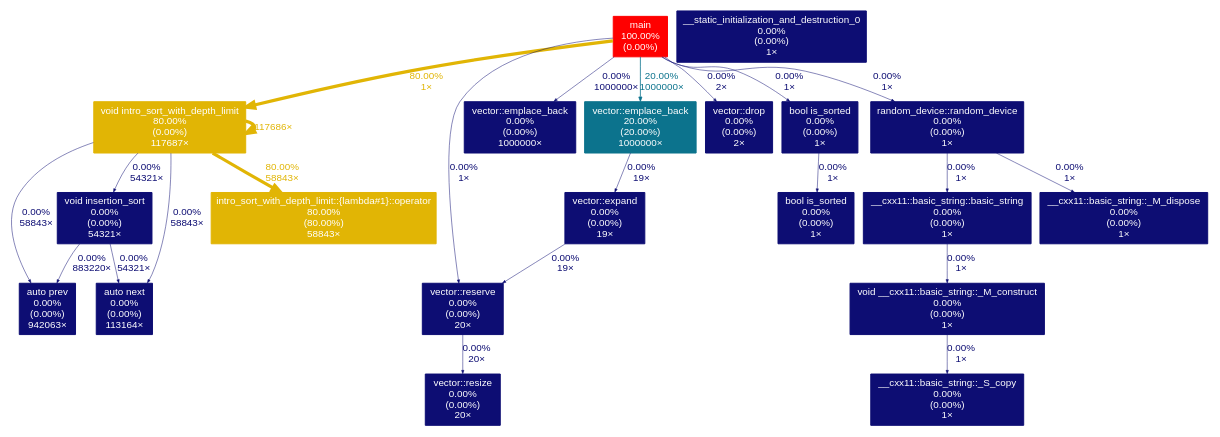
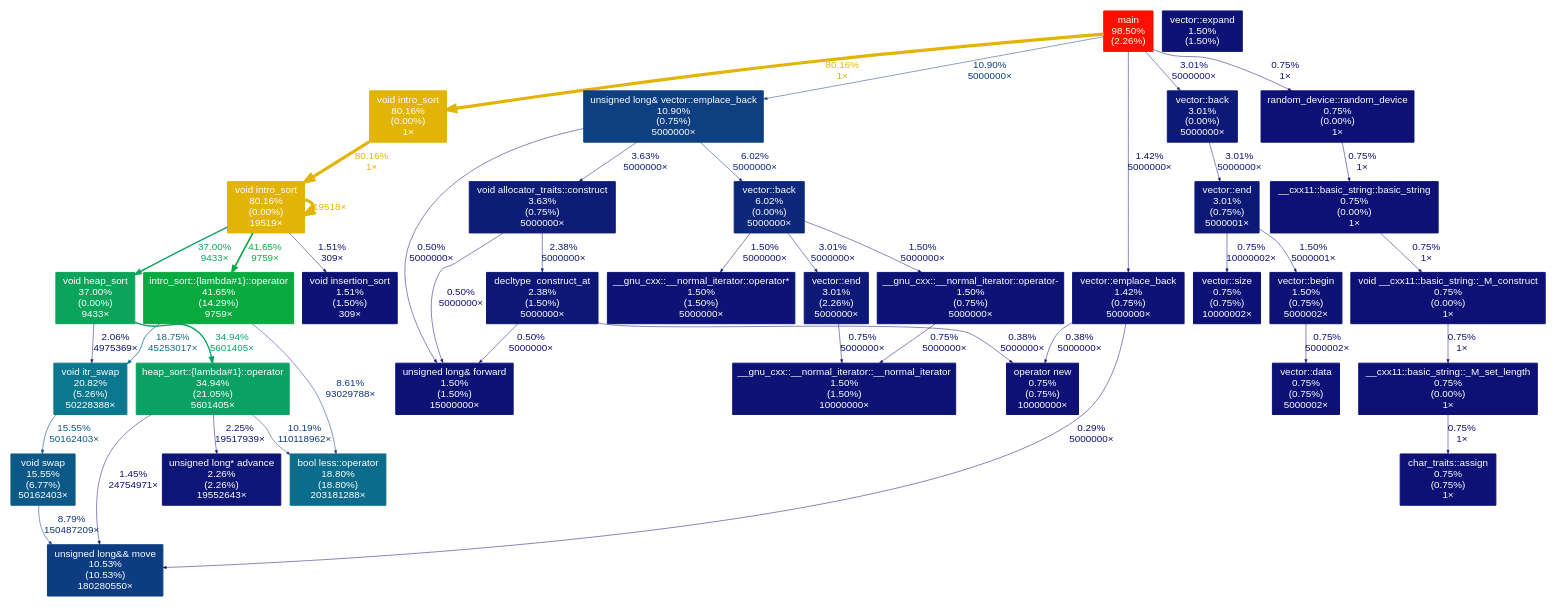
One commit to Eplankton/nut-struct changed the diagram in result.dot. Above: the diagram before and after it, drawn with Graphviz. The commit also changed 4 other files, not shown here.

```diff
--- a/result.dot
+++ b/result.dot
@@ -2,46 +2,79 @@
 	graph [fontname=Arial, nodesep=0.125, ranksep=0.25];
 	node [fontcolor=white, fontname=Arial, height=0, shape=box, style=filled, width=0];
 	edge [fontname=Arial];
-	1 [color="#ff0000", fontcolor="#ffffff", fontsize="10.00", label="main\n100.00%\n(0.00%)"];
-	1 -> 3 [arrowsize="0.89", color="#e1b505", fontcolor="#e1b505", fontsize="10.00", label="80.00%\n1×", labeldistance="3.20", penwidth="3.20"];
-	1 -> 4 [arrowsize="0.45", color="#0c738d", fontcolor="#0c738d", fontsize="10.00", label="20.00%\n1000000×", labeldistance="0.80", penwidth="0.80"];
-	1 -> 11 [arrowsize="0.35", color="#0d0d73", fontcolor="#0d0d73", fontsize="10.00", label="0.00%\n1000000×", labeldistance="0.50", penwidth="0.50"];
-	1 -> 16 [arrowsize="0.35", color="#0d0d73", fontcolor="#0d0d73", fontsize="10.00", label="0.00%\n1×", labeldistance="0.50", penwidth="0.50"];
-	1 -> 18 [arrowsize="0.35", color="#0d0d73", fontcolor="#0d0d73", fontsize="10.00", label="0.00%\n2×", labeldistance="0.50", penwidth="0.50"];
-	1 -> 20 [arrowsize="0.35", color="#0d0d73", fontcolor="#0d0d73", fontsize="10.00", label="0.00%\n1×", labeldistance="0.50", penwidth="0.50"];
-	1 -> 22 [arrowsize="0.35", color="#0d0d73", fontcolor="#0d0d73", fontsize="10.00", label="0.00%\n1×", labeldistance="0.50", penwidth="0.50"];
-	2 [color="#e1b505", fontcolor="#ffffff", fontsize="10.00", label="intro_sort_with_depth_limit::{lambda#1}::operator\n80.00%\n(80.00%)\n58843×"];
-	3 [color="#e1b505", fontcolor="#ffffff", fontsize="10.00", label="void intro_sort_with_depth_limit\n80.00%\n(0.00%)\n117687×"];
-	3 -> 2 [arrowsize="0.89", color="#e1b505", fontcolor="#e1b505", fontsize="10.00", label="80.00%\n58843×", labeldistance="3.20", penwidth="3.20"];
-	3 -> 3 [arrowsize="0.89", color="#e1b505", fontcolor="#e1b505", fontsize="10.00", label="117686×", labeldistance="3.20", penwidth="3.20"];
-	3 -> 12 [arrowsize="0.35", color="#0d0d73", fontcolor="#0d0d73", fontsize="10.00", label="0.00%\n58843×", labeldistance="0.50", penwidth="0.50"];
-	3 -> 13 [arrowsize="0.35", color="#0d0d73", fontcolor="#0d0d73", fontsize="10.00", label="0.00%\n58843×", labeldistance="0.50", penwidth="0.50"];
-	3 -> 14 [arrowsize="0.35", color="#0d0d73", fontcolor="#0d0d73", fontsize="10.00", label="0.00%\n54321×", labeldistance="0.50", penwidth="0.50"];
-	4 [color="#0c738d", fontcolor="#ffffff", fontsize="10.00", label="vector::emplace_back\n20.00%\n(20.00%)\n1000000×"];
-	4 -> 17 [arrowsize="0.35", color="#0d0d73", fontcolor="#0d0d73", fontsize="10.00", label="0.00%\n19×", labeldistance="0.50", penwidth="0.50"];
-	11 [color="#0d0d73", fontcolor="#ffffff", fontsize="10.00", label="vector::emplace_back\n0.00%\n(0.00%)\n1000000×"];
-	12 [color="#0d0d73", fontcolor="#ffffff", fontsize="10.00", label="auto prev\n0.00%\n(0.00%)\n942063×"];
-	13 [color="#0d0d73", fontcolor="#ffffff", fontsize="10.00", label="auto next\n0.00%\n(0.00%)\n113164×"];
-	14 [color="#0d0d73", fontcolor="#ffffff", fontsize="10.00", label="void insertion_sort\n0.00%\n(0.00%)\n54321×"];
-	14 -> 12 [arrowsize="0.35", color="#0d0d73", fontcolor="#0d0d73", fontsize="10.00", label="0.00%\n883220×", labeldistance="0.50", penwidth="0.50"];
-	14 -> 13 [arrowsize="0.35", color="#0d0d73", fontcolor="#0d0d73", fontsize="10.00", label="0.00%\n54321×", labeldistance="0.50", penwidth="0.50"];
-	15 [color="#0d0d73", fontcolor="#ffffff", fontsize="10.00", label="vector::resize\n0.00%\n(0.00%)\n20×"];
-	16 [color="#0d0d73", fontcolor="#ffffff", fontsize="10.00", label="vector::reserve\n0.00%\n(0.00%)\n20×"];
-	16 -> 15 [arrowsize="0.35", color="#0d0d73", fontcolor="#0d0d73", fontsize="10.00", label="0.00%\n20×", labeldistance="0.50", penwidth="0.50"];
-	17 [color="#0d0d73", fontcolor="#ffffff", fontsize="10.00", label="vector::expand\n0.00%\n(0.00%)\n19×"];
-	17 -> 16 [arrowsize="0.35", color="#0d0d73", fontcolor="#0d0d73", fontsize="10.00", label="0.00%\n19×", labeldistance="0.50", penwidth="0.50"];
-	18 [color="#0d0d73", fontcolor="#ffffff", fontsize="10.00", label="vector::drop\n0.00%\n(0.00%)\n2×"];
-	19 [color="#0d0d73", fontcolor="#ffffff", fontsize="10.00", label="__static_initialization_and_destruction_0\n0.00%\n(0.00%)\n1×"];
-	20 [color="#0d0d73", fontcolor="#ffffff", fontsize="10.00", label="bool is_sorted\n0.00%\n(0.00%)\n1×"];
-	20 -> 21 [arrowsize="0.35", color="#0d0d73", fontcolor="#0d0d73", fontsize="10.00", label="0.00%\n1×", labeldistance="0.50", penwidth="0.50"];
-	21 [color="#0d0d73", fontcolor="#ffffff", fontsize="10.00", label="bool is_sorted\n0.00%\n(0.00%)\n1×"];
-	22 [color="#0d0d73", fontcolor="#ffffff", fontsize="10.00", label="random_device::random_device\n0.00%\n(0.00%)\n1×"];
-	22 -> 23 [arrowsize="0.35", color="#0d0d73", fontcolor="#0d0d73", fontsize="10.00", label="0.00%\n1×", labeldistance="0.50", penwidth="0.50"];
-	22 -> 26 [arrowsize="0.35", color="#0d0d73", fontcolor="#0d0d73", fontsize="10.00", label="0.00%\n1×", labeldistance="0.50", penwidth="0.50"];
-	23 [color="#0d0d73", fontcolor="#ffffff", fontsize="10.00", label="__cxx11::basic_string::_M_dispose\n0.00%\n(0.00%)\n1×"];
-	24 [color="#0d0d73", fontcolor="#ffffff", fontsize="10.00", label="void __cxx11::basic_string::_M_construct\n0.00%\n(0.00%)\n1×"];
-	24 -> 25 [arrowsize="0.35", color="#0d0d73", fontcolor="#0d0d73", fontsize="10.00", label="0.00%\n1×", labeldistance="0.50", penwidth="0.50"];
-	25 [color="#0d0d73", fontcolor="#ffffff", fontsize="10.00", label="__cxx11::basic_string::_S_copy\n0.00%\n(0.00%)\n1×"];
-	26 [color="#0d0d73", fontcolor="#ffffff", fontsize="10.00", label="__cxx11::basic_string::basic_string\n0.00%\n(0.00%)\n1×"];
-	26 -> 24 [arrowsize="0.35", color="#0d0d73", fontcolor="#0d0d73", fontsize="10.00", label="0.00%\n1×", labeldistance="0.50", penwidth="0.50"];
+	1 [color="#fd1000", fontcolor="#ffffff", fontsize="10.00", label="main\n98.50%\n(2.26%)"];
+	1 -> 2 [arrowsize="0.90", color="#e1b405", fontcolor="#e1b405", fontsize="10.00", label="80.16%\n1×", labeldistance="3.21", penwidth="3.21"];
+	1 -> 11 [arrowsize="0.35", color="#0d3f81", fontcolor="#0d3f81", fontsize="10.00", label="10.90%\n5000000×", labeldistance="0.50", penwidth="0.50"];
+	1 -> 14 [arrowsize="0.35", color="#0d1977", fontcolor="#0d1977", fontsize="10.00", label="3.01%\n5000000×", labeldistance="0.50", penwidth="0.50"];
+	1 -> 26 [arrowsize="0.35", color="#0d1375", fontcolor="#0d1375", fontsize="10.00", label="1.42%\n5000000×", labeldistance="0.50", penwidth="0.50"];
+	1 -> 31 [arrowsize="0.35", color="#0d1074", fontcolor="#0d1074", fontsize="10.00", label="0.75%\n1×", labeldistance="0.50", penwidth="0.50"];
+	2 [color="#e1b405", fontcolor="#ffffff", fontsize="10.00", label="void intro_sort\n80.16%\n(0.00%)\n1×"];
+	2 -> 3 [arrowsize="0.90", color="#e1b405", fontcolor="#e1b405", fontsize="10.00", label="80.16%\n1×", labeldistance="3.21", penwidth="3.21"];
+	3 [color="#e1b405", fontcolor="#ffffff", fontsize="10.00", label="void intro_sort\n80.16%\n(0.00%)\n19519×"];
+	3 -> 3 [arrowsize="0.90", color="#e1b405", fontcolor="#e1b405", fontsize="10.00", label="19518×", labeldistance="3.21", penwidth="3.21"];
+	3 -> 4 [arrowsize="0.65", color="#0baa40", fontcolor="#0baa40", fontsize="10.00", label="41.65%\n9759×", labeldistance="1.67", penwidth="1.67"];
+	3 -> 5 [arrowsize="0.61", color="#0ba45a", fontcolor="#0ba45a", fontsize="10.00", label="37.00%\n9433×", labeldistance="1.48", penwidth="1.48"];
+	3 -> 19 [arrowsize="0.35", color="#0d1375", fontcolor="#0d1375", fontsize="10.00", label="1.51%\n309×", labeldistance="0.50", penwidth="0.50"];
+	4 [color="#0baa40", fontcolor="#ffffff", fontsize="10.00", label="intro_sort::{lambda#1}::operator\n41.65%\n(14.29%)\n9759×"];
+	4 -> 7 [arrowsize="0.43", color="#0c6b8b", fontcolor="#0c6b8b", fontsize="10.00", label="18.75%\n45253017×", labeldistance="0.75", penwidth="0.75"];
+	4 -> 8 [arrowsize="0.35", color="#0d347e", fontcolor="#0d347e", fontsize="10.00", label="8.61%\n93029788×", labeldistance="0.50", penwidth="0.50"];
+	5 [color="#0ba45a", fontcolor="#ffffff", fontsize="10.00", label="void heap_sort\n37.00%\n(0.00%)\n9433×"];
+	5 -> 6 [arrowsize="0.59", color="#0ba165", fontcolor="#0ba165", fontsize="10.00", label="34.94%\n5601405×", labeldistance="1.40", penwidth="1.40"];
+	5 -> 7 [arrowsize="0.35", color="#0d1575", fontcolor="#0d1575", fontsize="10.00", label="2.06%\n4975369×", labeldistance="0.50", penwidth="0.50"];
+	6 [color="#0ba165", fontcolor="#ffffff", fontsize="10.00", label="heap_sort::{lambda#1}::operator\n34.94%\n(21.05%)\n5601405×"];
+	6 -> 8 [arrowsize="0.35", color="#0d3c80", fontcolor="#0d3c80", fontsize="10.00", label="10.19%\n110118962×", labeldistance="0.50", penwidth="0.50"];
+	6 -> 10 [arrowsize="0.35", color="#0d1375", fontcolor="#0d1375", fontsize="10.00", label="1.45%\n24754971×", labeldistance="0.50", penwidth="0.50"];
+	6 -> 17 [arrowsize="0.35", color="#0d1676", fontcolor="#0d1676", fontsize="10.00", label="2.25%\n19517939×", labeldistance="0.50", penwidth="0.50"];
+	7 [color="#0c788e", fontcolor="#ffffff", fontsize="10.00", label="void itr_swap\n20.82%\n(5.26%)\n50228388×"];
+	7 -> 9 [arrowsize="0.39", color="#0c5987", fontcolor="#0c5987", fontsize="10.00", label="15.55%\n50162403×", labeldistance="0.62", penwidth="0.62"];
+	8 [color="#0c6c8b", fontcolor="#ffffff", fontsize="10.00", label="bool less::operator\n18.80%\n(18.80%)\n203181288×"];
+	9 [color="#0c5987", fontcolor="#ffffff", fontsize="10.00", label="void swap\n15.55%\n(6.77%)\n50162403×"];
+	9 -> 10 [arrowsize="0.35", color="#0d357e", fontcolor="#0d357e", fontsize="10.00", label="8.79%\n150487209×", labeldistance="0.50", penwidth="0.50"];
+	10 [color="#0d3d80", fontcolor="#ffffff", fontsize="10.00", label="unsigned long&& move\n10.53%\n(10.53%)\n180280550×"];
+	11 [color="#0d3f81", fontcolor="#ffffff", fontsize="10.00", label="unsigned long& vector::emplace_back\n10.90%\n(0.75%)\n5000000×"];
+	11 -> 12 [arrowsize="0.35", color="#0d277a", fontcolor="#0d277a", fontsize="10.00", label="6.02%\n5000000×", labeldistance="0.50", penwidth="0.50"];
+	11 -> 15 [arrowsize="0.35", color="#0d1c77", fontcolor="#0d1c77", fontsize="10.00", label="3.63%\n5000000×", labeldistance="0.50", penwidth="0.50"];
+	11 -> 20 [arrowsize="0.35", color="#0d0f73", fontcolor="#0d0f73", fontsize="10.00", label="0.50%\n5000000×", labeldistance="0.50", penwidth="0.50"];
+	12 [color="#0d277a", fontcolor="#ffffff", fontsize="10.00", label="vector::back\n6.02%\n(0.00%)\n5000000×"];
+	12 -> 16 [arrowsize="0.35", color="#0d1977", fontcolor="#0d1977", fontsize="10.00", label="3.01%\n5000000×", labeldistance="0.50", penwidth="0.50"];
+	12 -> 23 [arrowsize="0.35", color="#0d1375", fontcolor="#0d1375", fontsize="10.00", label="1.50%\n5000000×", labeldistance="0.50", penwidth="0.50"];
+	12 -> 24 [arrowsize="0.35", color="#0d1375", fontcolor="#0d1375", fontsize="10.00", label="1.50%\n5000000×", labeldistance="0.50", penwidth="0.50"];
+	13 [color="#0d1977", fontcolor="#ffffff", fontsize="10.00", label="vector::end\n3.01%\n(0.75%)\n5000001×"];
+	13 -> 22 [arrowsize="0.35", color="#0d1375", fontcolor="#0d1375", fontsize="10.00", label="1.50%\n5000001×", labeldistance="0.50", penwidth="0.50"];
+	13 -> 27 [arrowsize="0.35", color="#0d1074", fontcolor="#0d1074", fontsize="10.00", label="0.75%\n10000002×", labeldistance="0.50", penwidth="0.50"];
+	14 [color="#0d1977", fontcolor="#ffffff", fontsize="10.00", label="vector::back\n3.01%\n(0.00%)\n5000000×"];
+	14 -> 13 [arrowsize="0.35", color="#0d1977", fontcolor="#0d1977", fontsize="10.00", label="3.01%\n5000000×", labeldistance="0.50", penwidth="0.50"];
+	15 [color="#0d1c77", fontcolor="#ffffff", fontsize="10.00", label="void allocator_traits::construct\n3.63%\n(0.75%)\n5000000×"];
+	15 -> 18 [arrowsize="0.35", color="#0d1776", fontcolor="#0d1776", fontsize="10.00", label="2.38%\n5000000×", labeldistance="0.50", penwidth="0.50"];
+	15 -> 20 [arrowsize="0.35", color="#0d0f73", fontcolor="#0d0f73", fontsize="10.00", label="0.50%\n5000000×", labeldistance="0.50", penwidth="0.50"];
+	16 [color="#0d1977", fontcolor="#ffffff", fontsize="10.00", label="vector::end\n3.01%\n(2.26%)\n5000000×"];
+	16 -> 21 [arrowsize="0.35", color="#0d1074", fontcolor="#0d1074", fontsize="10.00", label="0.75%\n5000000×", labeldistance="0.50", penwidth="0.50"];
+	17 [color="#0d1676", fontcolor="#ffffff", fontsize="10.00", label="unsigned long* advance\n2.26%\n(2.26%)\n19552643×"];
+	18 [color="#0d1776", fontcolor="#ffffff", fontsize="10.00", label="decltype  construct_at\n2.38%\n(1.50%)\n5000000×"];
+	18 -> 20 [arrowsize="0.35", color="#0d0f73", fontcolor="#0d0f73", fontsize="10.00", label="0.50%\n5000000×", labeldistance="0.50", penwidth="0.50"];
+	18 -> 29 [arrowsize="0.35", color="#0d0e73", fontcolor="#0d0e73", fontsize="10.00", label="0.38%\n5000000×", labeldistance="0.50", penwidth="0.50"];
+	19 [color="#0d1375", fontcolor="#ffffff", fontsize="10.00", label="void insertion_sort\n1.51%\n(1.50%)\n309×"];
+	20 [color="#0d1375", fontcolor="#ffffff", fontsize="10.00", label="unsigned long& forward\n1.50%\n(1.50%)\n15000000×"];
+	21 [color="#0d1375", fontcolor="#ffffff", fontsize="10.00", label="__gnu_cxx::__normal_iterator::__normal_iterator\n1.50%\n(1.50%)\n10000000×"];
+	22 [color="#0d1375", fontcolor="#ffffff", fontsize="10.00", label="vector::begin\n1.50%\n(0.75%)\n5000002×"];
+	22 -> 28 [arrowsize="0.35", color="#0d1074", fontcolor="#0d1074", fontsize="10.00", label="0.75%\n5000002×", labeldistance="0.50", penwidth="0.50"];
+	23 [color="#0d1375", fontcolor="#ffffff", fontsize="10.00", label="__gnu_cxx::__normal_iterator::operator*\n1.50%\n(1.50%)\n5000000×"];
+	24 [color="#0d1375", fontcolor="#ffffff", fontsize="10.00", label="__gnu_cxx::__normal_iterator::operator-\n1.50%\n(0.75%)\n5000000×"];
+	24 -> 21 [arrowsize="0.35", color="#0d1074", fontcolor="#0d1074", fontsize="10.00", label="0.75%\n5000000×", labeldistance="0.50", penwidth="0.50"];
+	25 [color="#0d1375", fontcolor="#ffffff", fontsize="10.00", label="vector::expand\n1.50%\n(1.50%)"];
+	26 [color="#0d1375", fontcolor="#ffffff", fontsize="10.00", label="vector::emplace_back\n1.42%\n(0.75%)\n5000000×"];
+	26 -> 10 [arrowsize="0.35", color="#0d0e73", fontcolor="#0d0e73", fontsize="10.00", label="0.29%\n5000000×", labeldistance="0.50", penwidth="0.50"];
+	26 -> 29 [arrowsize="0.35", color="#0d0e73", fontcolor="#0d0e73", fontsize="10.00", label="0.38%\n5000000×", labeldistance="0.50", penwidth="0.50"];
+	27 [color="#0d1074", fontcolor="#ffffff", fontsize="10.00", label="vector::size\n0.75%\n(0.75%)\n10000002×"];
+	28 [color="#0d1074", fontcolor="#ffffff", fontsize="10.00", label="vector::data\n0.75%\n(0.75%)\n5000002×"];
+	29 [color="#0d1074", fontcolor="#ffffff", fontsize="10.00", label="operator new\n0.75%\n(0.75%)\n10000000×"];
+	30 [color="#0d1074", fontcolor="#ffffff", fontsize="10.00", label="char_traits::assign\n0.75%\n(0.75%)\n1×"];
+	31 [color="#0d1074", fontcolor="#ffffff", fontsize="10.00", label="random_device::random_device\n0.75%\n(0.00%)\n1×"];
+	31 -> 34 [arrowsize="0.35", color="#0d1074", fontcolor="#0d1074", fontsize="10.00", label="0.75%\n1×", labeldistance="0.50", penwidth="0.50"];
+	32 [color="#0d1074", fontcolor="#ffffff", fontsize="10.00", label="void __cxx11::basic_string::_M_construct\n0.75%\n(0.00%)\n1×"];
+	32 -> 33 [arrowsize="0.35", color="#0d1074", fontcolor="#0d1074", fontsize="10.00", label="0.75%\n1×", labeldistance="0.50", penwidth="0.50"];
+	33 [color="#0d1074", fontcolor="#ffffff", fontsize="10.00", label="__cxx11::basic_string::_M_set_length\n0.75%\n(0.00%)\n1×"];
+	33 -> 30 [arrowsize="0.35", color="#0d1074", fontcolor="#0d1074", fontsize="10.00", label="0.75%\n1×", labeldistance="0.50", penwidth="0.50"];
+	34 [color="#0d1074", fontcolor="#ffffff", fontsize="10.00", label="__cxx11::basic_string::basic_string\n0.75%\n(0.00%)\n1×"];
+	34 -> 32 [arrowsize="0.35", color="#0d1074", fontcolor="#0d1074", fontsize="10.00", label="0.75%\n1×", labeldistance="0.50", penwidth="0.50"];
 }
```
